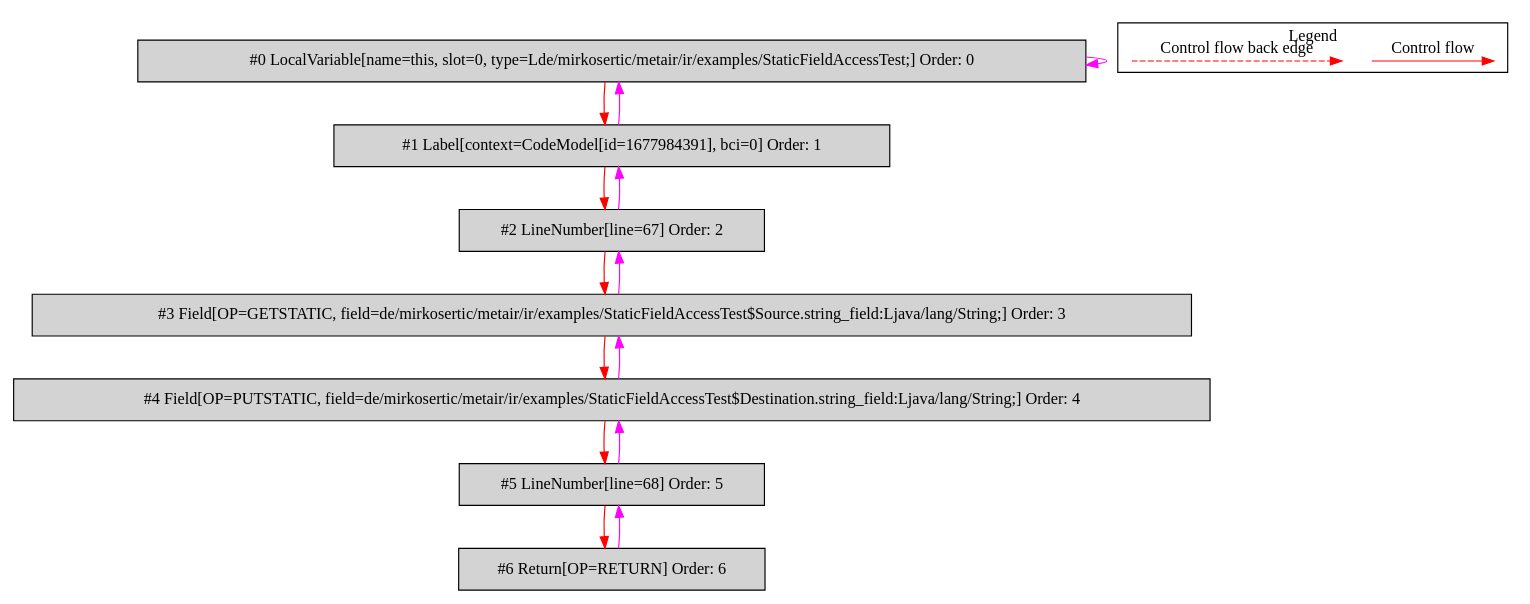
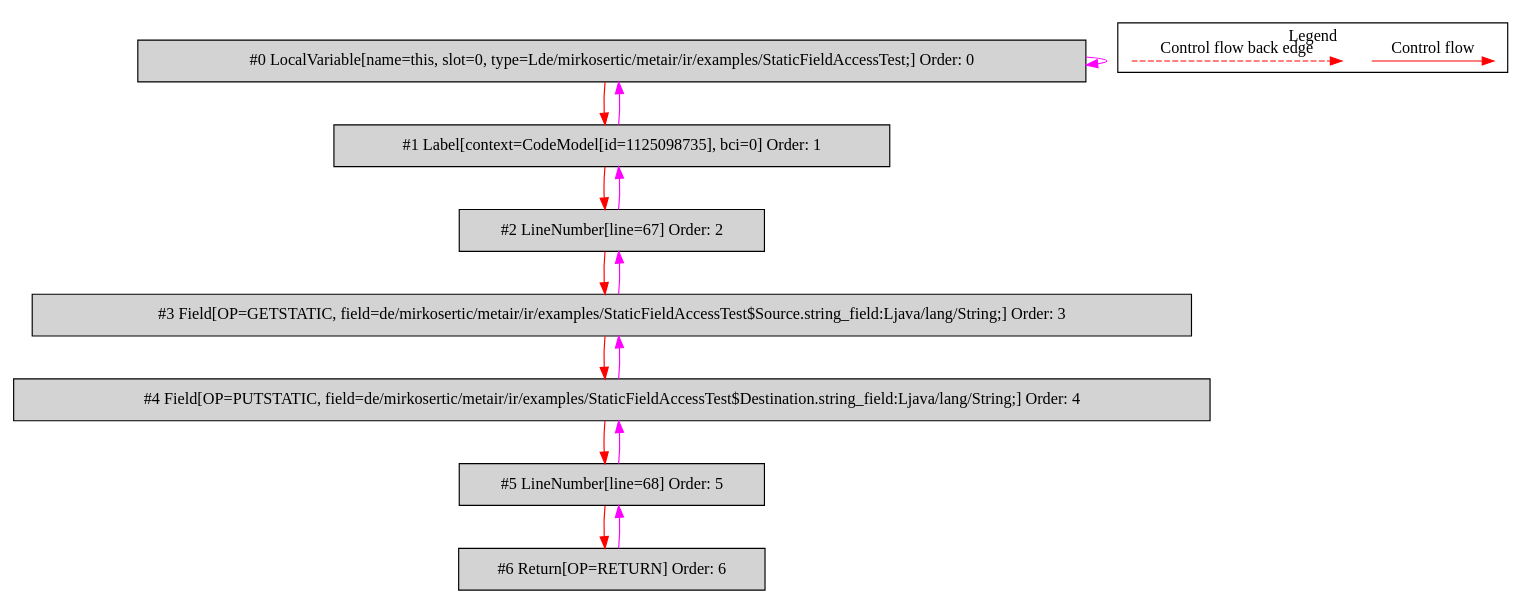
The diagram in de.mirkosertic.metair.ir.examples.StaticFieldAccessTest/copy_string/bytecodecfg.dot (mirkosertic/MetaIR), drawn with Graphviz before and after one commit. The commit also changed 508 other files, not shown here.

```diff
--- a/de.mirkosertic.metair.ir.examples.StaticFieldAccessTest/copy_string/bytecodecfg.dot
+++ b/de.mirkosertic.metair.ir.examples.StaticFieldAccessTest/copy_string/bytecodecfg.dot
@@ -1,37 +1,37 @@
 digraph {
  ordering="in";
  node0[label="#0 LocalVariable[name=this, slot=0, type=Lde/mirkosertic/metair/ir/examples/StaticFieldAccessTest;] Order: 0", shape=box, fillcolor=lightgrey, style=filled];
- node1[label="#1 Label[context=CodeModel[id=1677984391], bci=0] Order: 1", shape=box, fillcolor=lightgrey, style=filled];
+ node1[label="#1 Label[context=CodeModel[id=1125098735], bci=0] Order: 1", shape=box, fillcolor=lightgrey, style=filled];
  node2[label="#2 LineNumber[line=67] Order: 2", shape=box, fillcolor=lightgrey, style=filled];
  node3[label="#3 Field[OP=GETSTATIC, field=de/mirkosertic/metair/ir/examples/StaticFieldAccessTest$Source.string_field:Ljava/lang/String;] Order: 3", shape=box, fillcolor=lightgrey, style=filled];
  node4[label="#4 Field[OP=PUTSTATIC, field=de/mirkosertic/metair/ir/examples/StaticFieldAccessTest$Destination.string_field:Ljava/lang/String;] Order: 4", shape=box, fillcolor=lightgrey, style=filled];
  node5[label="#5 LineNumber[line=68] Order: 5", shape=box, fillcolor=lightgrey, style=filled];
  node6[label="#6 Return[OP=RETURN] Order: 6", shape=box, fillcolor=lightgrey, style=filled];
  node0 -> node0[color=fuchsia];
  node0 -> node1[color=red];
  node1 -> node0[color=fuchsia];
  node1 -> node2[color=red];
  node2 -> node1[color=fuchsia];
  node2 -> node3[color=red];
  node3 -> node2[color=fuchsia];
  node3 -> node4[color=red];
  node4 -> node3[color=fuchsia];
  node4 -> node5[color=red];
  node5 -> node4[color=fuchsia];
  node5 -> node6[color=red];
  node6 -> node5[color=fuchsia];
  subgraph cluster_000 {
   label = "Legend";
   node [shape=point]
   {
    rank=same;
    c0 [style = invis];
    c1 [style = invis];
    c2 [style = invis];
    c3 [style = invis];
   }
   c0 -> c1 [label="Control flow", style=solid, color=red]
   c2 -> c3 [label="Control flow back edge", style=dashed, color=red]
  }
 
 }
```
